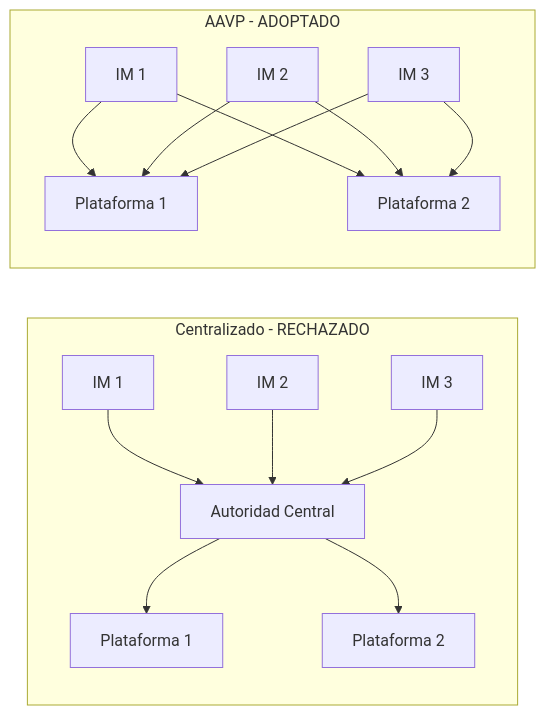
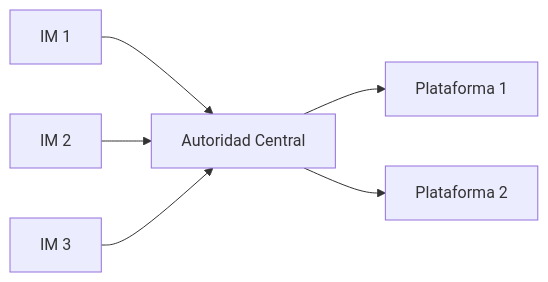
One commit to jorgej-ramos/AAVP changed the sixth of 13 diagrams in README.md. Above: the diagram before and after it, drawn with Mermaid. The commit also changed other lines of this file, not shown here.

First line of the commit message:
Refactor README structure and update diagrams

````diff
--- a/README.md
+++ b/README.md
@@ -303,20 +246,8 @@
 ```mermaid
 graph LR
-    subgraph Centralizado - RECHAZADO
-        CA[Autoridad Central]
-        IM1a[IM 1] --> CA
-        IM2a[IM 2] --> CA
-        IM3a[IM 3] --> CA
-        CA --> P1a[Plataforma 1]
-        CA --> P2a[Plataforma 2]
-    end
-
-    subgraph AAVP - ADOPTADO
-        IM1b[IM 1] --> P1b[Plataforma 1]
-        IM1b --> P2b[Plataforma 2]
-        IM2b[IM 2] --> P1b
-        IM2b --> P2b
-        IM3b[IM 3] --> P1b
-        IM3b --> P2b
-    end
+    IM1[IM 1] --> CA[Autoridad Central]
+    IM2[IM 2] --> CA
+    IM3[IM 3] --> CA
+    CA --> P1[Plataforma 1]
+    CA --> P2[Plataforma 2]
 ```
````
